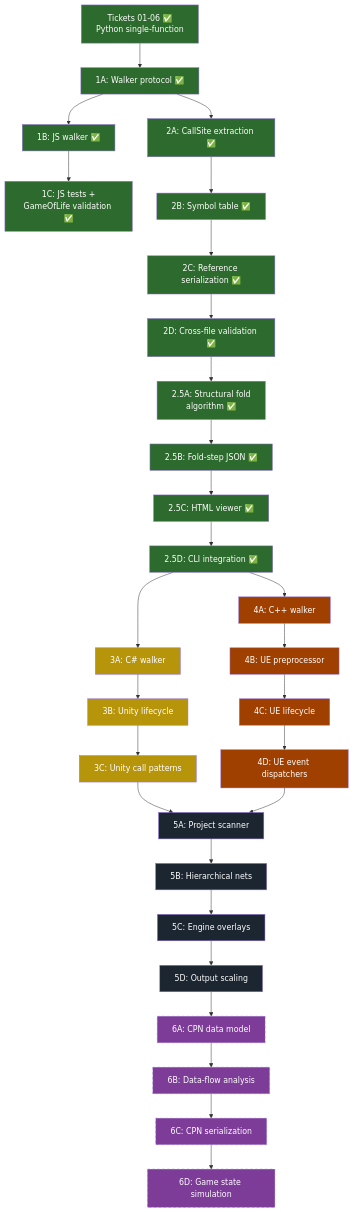
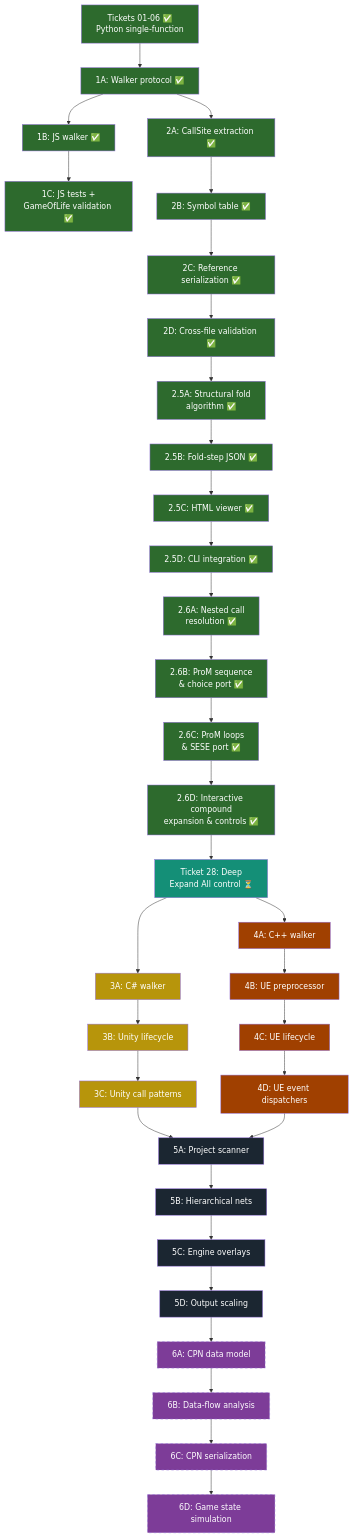
The second of 2 diagrams in .scratch/code2petri/grand_plan.md (ric6121824/code2petri), drawn with Mermaid before and after one commit. The commit also changed other lines of this file and 10 other files, not shown here.

Commit message:
docs(roadmap): update grand plan, codebase summary, and README for Phase 2.5 and Phase 2.6 delivery

````diff
--- a/.scratch/code2petri/grand_plan.md
+++ b/.scratch/code2petri/grand_plan.md
@@ -604,64 +614,79 @@
 ```mermaid
 graph TD
     T01["Tickets 01-06 ✅\nPython single-function"] --> P1A["1A: Walker protocol ✅"]
     P1A --> P1B["1B: JS walker ✅"]
     P1B --> P1C["1C: JS tests +\nGameOfLife validation ✅"]
     
     P1A --> P2A["2A: CallSite extraction ✅"]
     P2A --> P2B["2B: Symbol table ✅"]
     P2B --> P2C["2C: Reference serialization ✅"]
     P2C --> P2D["2D: Cross-file validation ✅"]
     
     P2D --> P25A["2.5A: Structural fold\nalgorithm ✅"]
     P25A --> P25B["2.5B: Fold-step JSON ✅"]
     P25B --> P25C["2.5C: HTML viewer ✅"]
     P25C --> P25D["2.5D: CLI integration ✅"]
     
-    P25D --> P3A["3A: C# walker"]
+    P25D --> P26A["2.6A: Nested call\nresolution ✅"]
+    P26A --> P26B["2.6B: ProM sequence\n& choice port ✅"]
+    P26B --> P26C["2.6C: ProM loops\n& SESE port ✅"]
+    P26C --> P26D["2.6D: Interactive compound\nexpansion & controls ✅"]
+    
+    P26D --> T28["Ticket 28: Deep\nExpand All control ⏳"]
+    
+    T28 --> P3A["3A: C# walker"]
     P3A --> P3B["3B: Unity lifecycle"]
     P3B --> P3C["3C: Unity call patterns"]
     
-    P25D --> P4A["4A: C++ walker"]
+    T28 --> P4A["4A: C++ walker"]
     P4A --> P4B["4B: UE preprocessor"]
     P4B --> P4C["4C: UE lifecycle"]
     P4C --> P4D["4D: UE event dispatchers"]
     
     P3C --> P5A["5A: Project scanner"]
     P4D --> P5A
     P5A --> P5B["5B: Hierarchical nets"]
     P5B --> P5C["5C: Engine overlays"]
     P5C --> P5D["5D: Output scaling"]
     
     P5D --> P6A["6A: CPN data model"]
     P6A --> P6B["6B: Data-flow analysis"]
     P6B --> P6C["6C: CPN serialization"]
     P6C --> P6D["6D: Game state simulation"]
     
     style T01 fill:#2d6a2d,color:#fff
     style P1A fill:#2d6a2d,color:#fff
     style P1B fill:#2d6a2d,color:#fff
     style P1C fill:#2d6a2d,color:#fff
     style P2A fill:#2d6a2d,color:#fff
     style P2B fill:#2d6a2d,color:#fff
     style P2C fill:#2d6a2d,color:#fff
     style P2D fill:#2d6a2d,color:#fff
     style P25A fill:#2d6a2d,color:#fff
     style P25B fill:#2d6a2d,color:#fff
     style P25C fill:#2d6a2d,color:#fff
     style P25D fill:#2d6a2d,color:#fff
+    style P26A fill:#2d6a2d,color:#fff
+    style P26B fill:#2d6a2d,color:#fff
+    style P26C fill:#2d6a2d,color:#fff
+    style P26D fill:#2d6a2d,color:#fff
+    style T28 fill:#148f77,color:#fff
     style P3A fill:#b7950b,color:#fff
+    style P3B fill:#b7950b,color:#fff
+    style P3C fill:#b7950b,color:#fff
+    style P4A fill:#a04000,color:#fff
     style P3B fill:#b7950b,color:#fff
     style P3C fill:#b7950b,color:#fff
     style P4A fill:#a04000,color:#fff
     style P4B fill:#a04000,color:#fff
     style P4C fill:#a04000,color:#fff
     style P4D fill:#a04000,color:#fff
     style P5A fill:#1b2631,color:#fff
     style P5B fill:#1b2631,color:#fff
     style P5C fill:#1b2631,color:#fff
     style P5D fill:#1b2631,color:#fff
     style P6A fill:#7d3c98,color:#fff,stroke-dasharray: 5 5
     style P6B fill:#7d3c98,color:#fff,stroke-dasharray: 5 5
     style P6C fill:#7d3c98,color:#fff,stroke-dasharray: 5 5
     style P6D fill:#7d3c98,color:#fff,stroke-dasharray: 5 5
 ```
````
